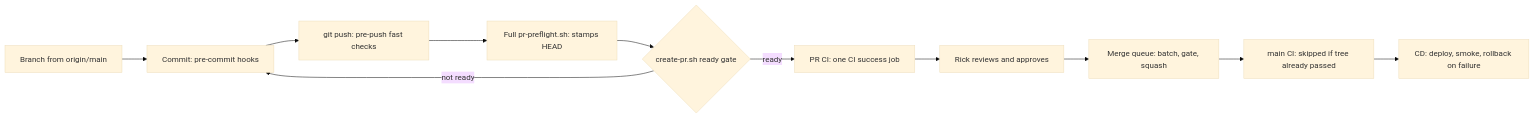
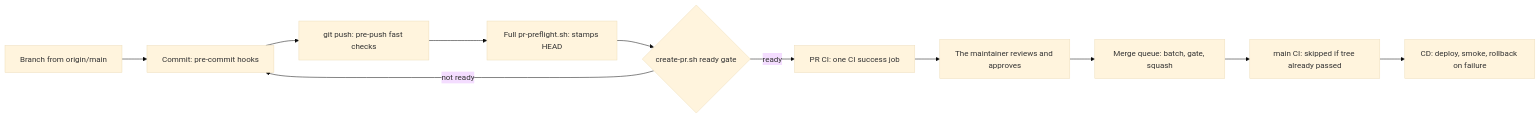
One commit to ricardoafo/hermes changed the first of 2 diagrams in docs/guides/pr-flow.md. Above: the diagram before and after it, drawn with Mermaid (base theme). The commit also changed other lines of this file and 114 other files, not shown here.

````diff
--- a/docs/guides/pr-flow.md
+++ b/docs/guides/pr-flow.md
@@ -15,13 +15,13 @@
 ```mermaid
 flowchart LR
     A[Branch from origin/main] --> B[Commit: pre-commit hooks]
     B --> C[git push: pre-push fast checks]
     C --> D[Full pr-preflight.sh: stamps HEAD]
     D --> E{create-pr.sh ready gate}
     E -- not ready --> B
     E -- ready --> F[PR CI: one CI success job]
-    F --> G[Rick reviews and approves]
+    F --> G[The maintainer reviews and approves]
     G --> H[Merge queue: batch, gate, squash]
     H --> I[main CI: skipped if tree already passed]
     I --> J[CD: deploy, smoke, rollback on failure]
 ```
````
